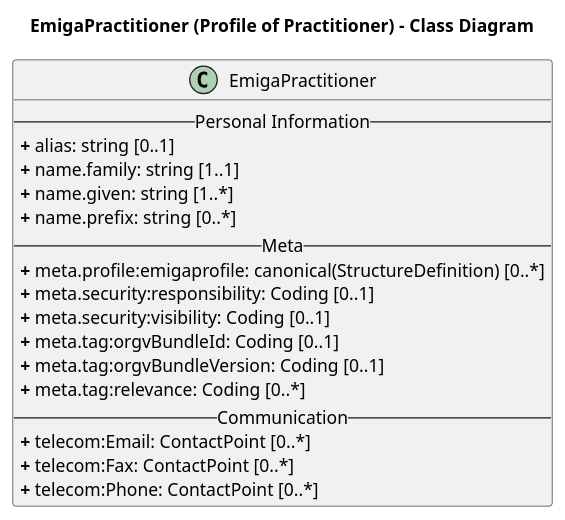
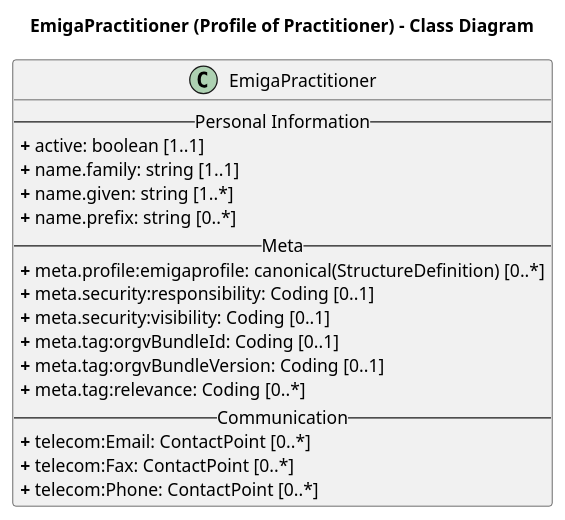
Before and after one commit to robert-koch-institut/rki.emiga.vzd: the diagram in rki.emiga.vzd/PlantUML/Practitioner.puml, drawn with PlantUML.

Commit message:
feat: feedback review

```diff
--- a/rki.emiga.vzd/PlantUML/Practitioner.puml
+++ b/rki.emiga.vzd/PlantUML/Practitioner.puml
@@ -1,26 +1,26 @@
 @startuml
 skinparam linetype ortho
  
 title EmigaPractitioner (Profile of Practitioner) - Class Diagram
  
 ' Main Class
 class EmigaPractitioner{
 -- Personal Information --
-<b>+</b> alias: string [0..1]
+<b>+</b> active: boolean [1..1]
 <b>+</b> name.family: string [1..1]
 <b>+</b> name.given: string [1..*]
 <b>+</b> name.prefix: string [0..*]
 -- Meta --
 <b>+</b> meta.profile:emigaprofile: canonical(StructureDefinition) [0..*]
 <b>+</b> meta.security:responsibility: Coding [0..1]
 <b>+</b> meta.security:visibility: Coding [0..1]
 <b>+</b> meta.tag:orgvBundleId: Coding [0..1]
 <b>+</b> meta.tag:orgvBundleVersion: Coding [0..1]
 <b>+</b> meta.tag:relevance: Coding [0..*]
 -- Communication --
 <b>+</b> telecom:Email: ContactPoint [0..*]
 <b>+</b> telecom:Fax: ContactPoint [0..*]
 <b>+</b> telecom:Phone: ContactPoint [0..*]
 }
  
 @enduml
```
